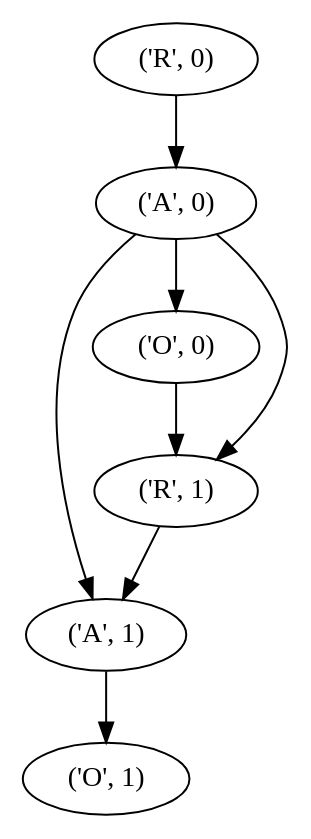
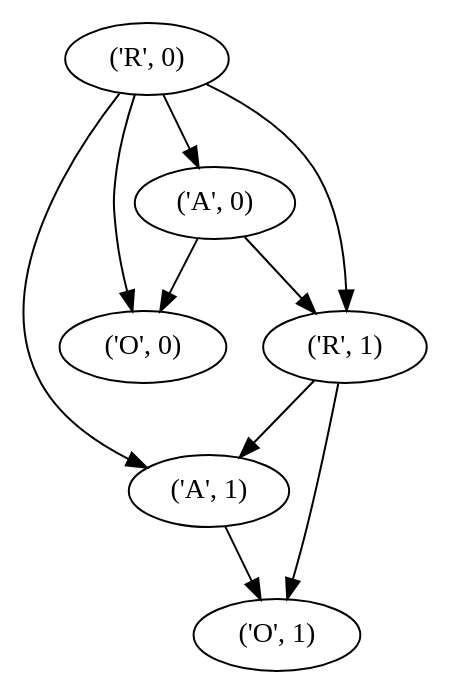
The diagram in output/network.dot (ercarpio/SG_DBN), drawn with Graphviz before and after one commit. The commit also changed 3 other files, not shown here.

```diff
--- a/output/network.dot
+++ b/output/network.dot
@@ -1,15 +1,17 @@
 strict digraph  {
 "('A', 1)" [weight=None];
 "('A', 0)" [weight=None];
 "('O', 1)" [weight=None];
 "('O', 0)" [weight=None];
 "('R', 0)" [weight=None];
 "('R', 1)" [weight=None];
 "('A', 1)" -> "('O', 1)"  [weight=None];
-"('A', 0)" -> "('A', 1)"  [weight=None];
 "('A', 0)" -> "('R', 1)"  [weight=None];
 "('A', 0)" -> "('O', 0)"  [weight=None];
-"('O', 0)" -> "('R', 1)"  [weight=None];
+"('R', 0)" -> "('A', 1)"  [weight=None];
+"('R', 0)" -> "('R', 1)"  [weight=None];
 "('R', 0)" -> "('A', 0)"  [weight=None];
+"('R', 0)" -> "('O', 0)"  [weight=None];
 "('R', 1)" -> "('A', 1)"  [weight=None];
+"('R', 1)" -> "('O', 1)"  [weight=None];
 }
```
